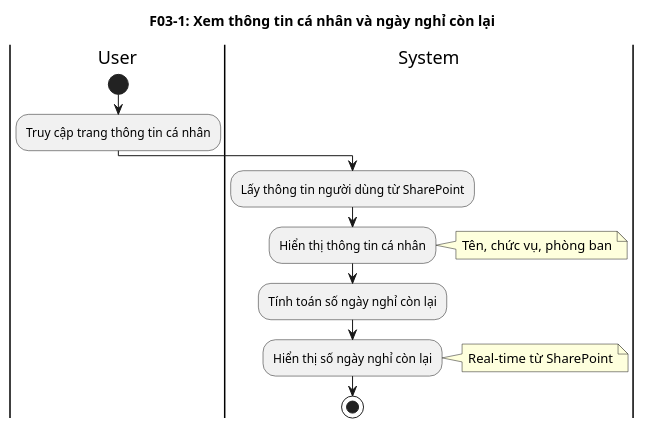
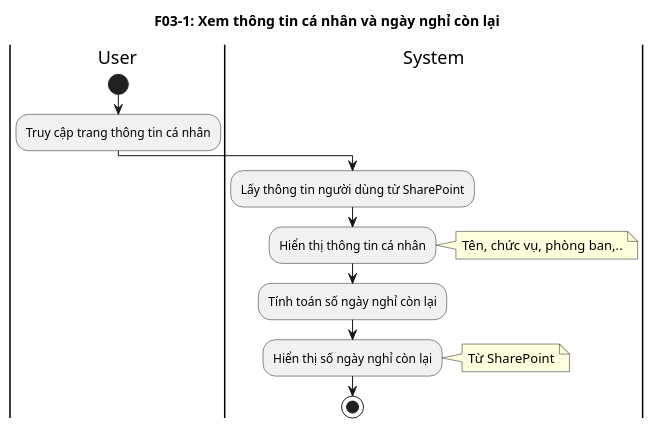
One commit to hoangh-e/PowerAppp_AppNghiPhep changed the third of 34 diagrams in activity_diagrams.puml. Above: the diagram before and after it, drawn with PlantUML. The commit also changed other lines of this file and 25 other files, not shown here.

```diff
--- a/activity_diagrams.puml
+++ b/activity_diagrams.puml
@@ -33,14 +36,14 @@
 @startuml F03_Personal_Info
 title F03-1: Xem thông tin cá nhân và ngày nghỉ còn lại
 |User|
 start
 :Truy cập trang thông tin cá nhân;
 |System|
 :Lấy thông tin người dùng từ SharePoint;
 :Hiển thị thông tin cá nhân;
-note right: Tên, chức vụ, phòng ban
+note right: Tên, chức vụ, phòng ban,..
 :Tính toán số ngày nghỉ còn lại;
 :Hiển thị số ngày nghỉ còn lại;
-note right: Real-time từ SharePoint
+note right:  Từ SharePoint
 stop
 @enduml
```
